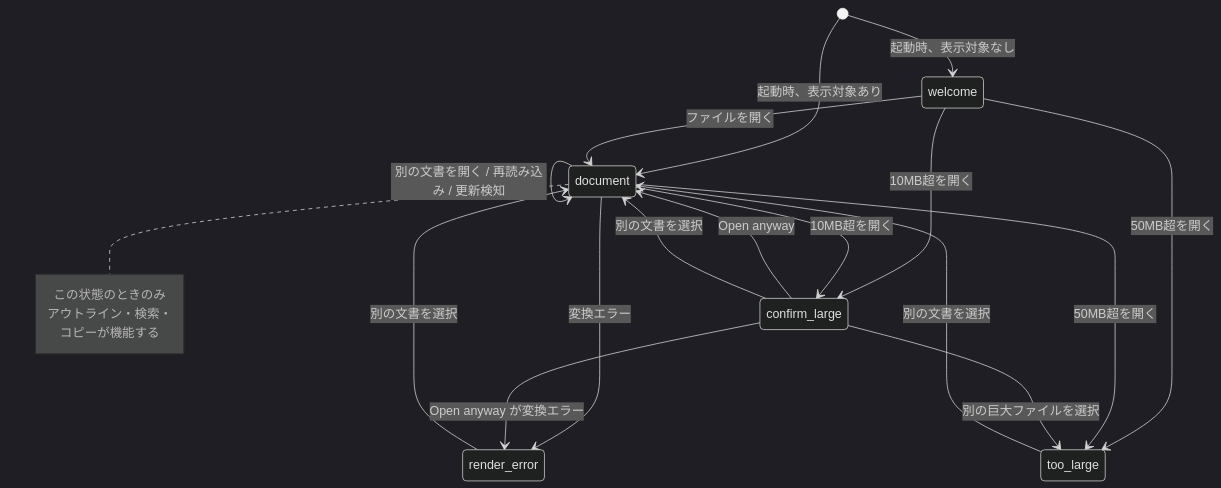
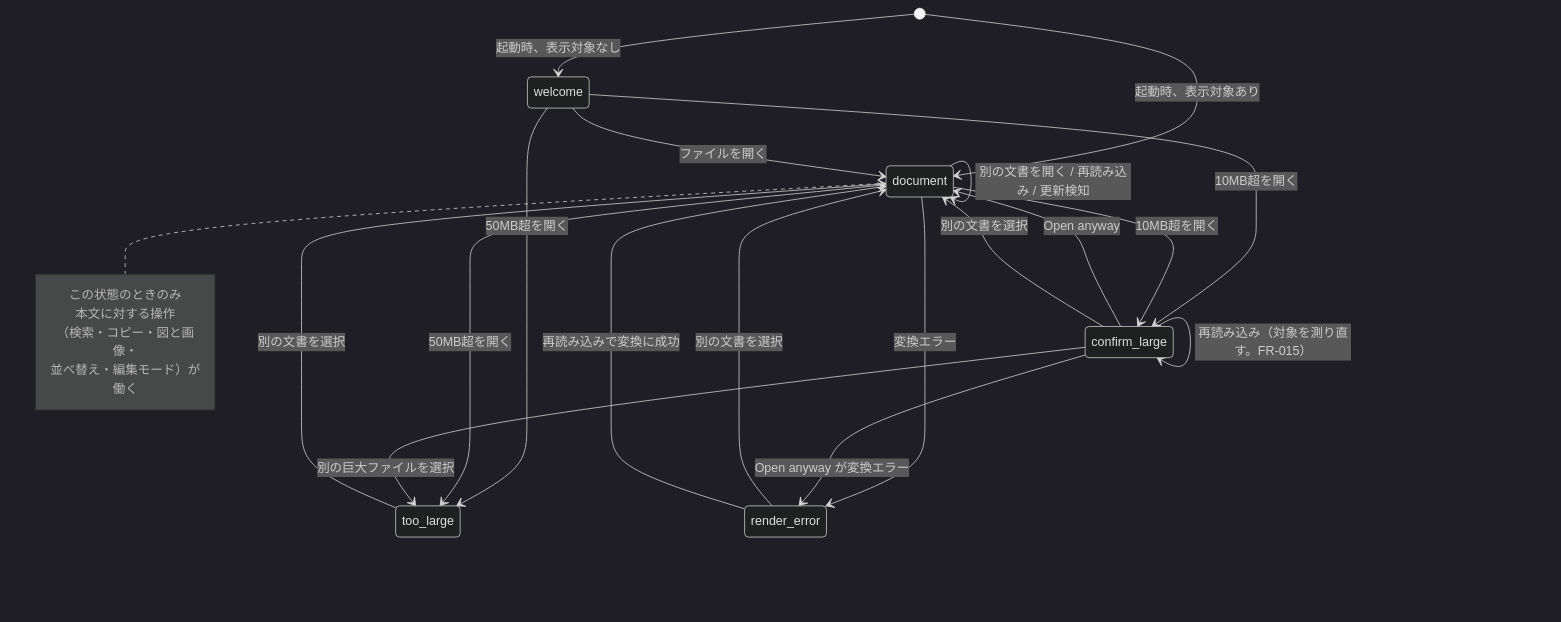
Before and after one commit to kznagamori/go_MarkView: the first of 3 diagrams in docs/specs/22-display-states.md, drawn with Mermaid (dark theme). The commit also changed other lines of this file and 25 other files, not shown here.

````diff
--- a/docs/specs/22-display-states.md
+++ b/docs/specs/22-display-states.md
@@ -23,28 +23,31 @@
 ```mermaid
 stateDiagram-v2
     [*] --> welcome: 起動時、表示対象なし
     [*] --> document: 起動時、表示対象あり
 
     welcome --> document: ファイルを開く
     welcome --> confirm_large: 10MB超を開く
     welcome --> too_large: 50MB超を開く
 
     document --> document: 別の文書を開く / 再読み込み / 更新検知
     document --> confirm_large: 10MB超を開く
     document --> too_large: 50MB超を開く
     document --> render_error: 変換エラー
 
     confirm_large --> document: Open anyway
     confirm_large --> render_error: Open anyway が変換エラー
     confirm_large --> document: 別の文書を選択
     confirm_large --> too_large: 別の巨大ファイルを選択
 
     too_large --> document: 別の文書を選択
     render_error --> document: 別の文書を選択
+    confirm_large --> confirm_large: 再読み込み（対象を測り直す。FR-015）
+    render_error --> document: 再読み込みで変換に成功
 
     note right of document
         この状態のときのみ
-        アウトライン・検索・
-        コピーが機能する
+        本文に対する操作
+        （検索・コピー・図と画像・
+        並べ替え・編集モード）が働く
     end note
 ```
````
